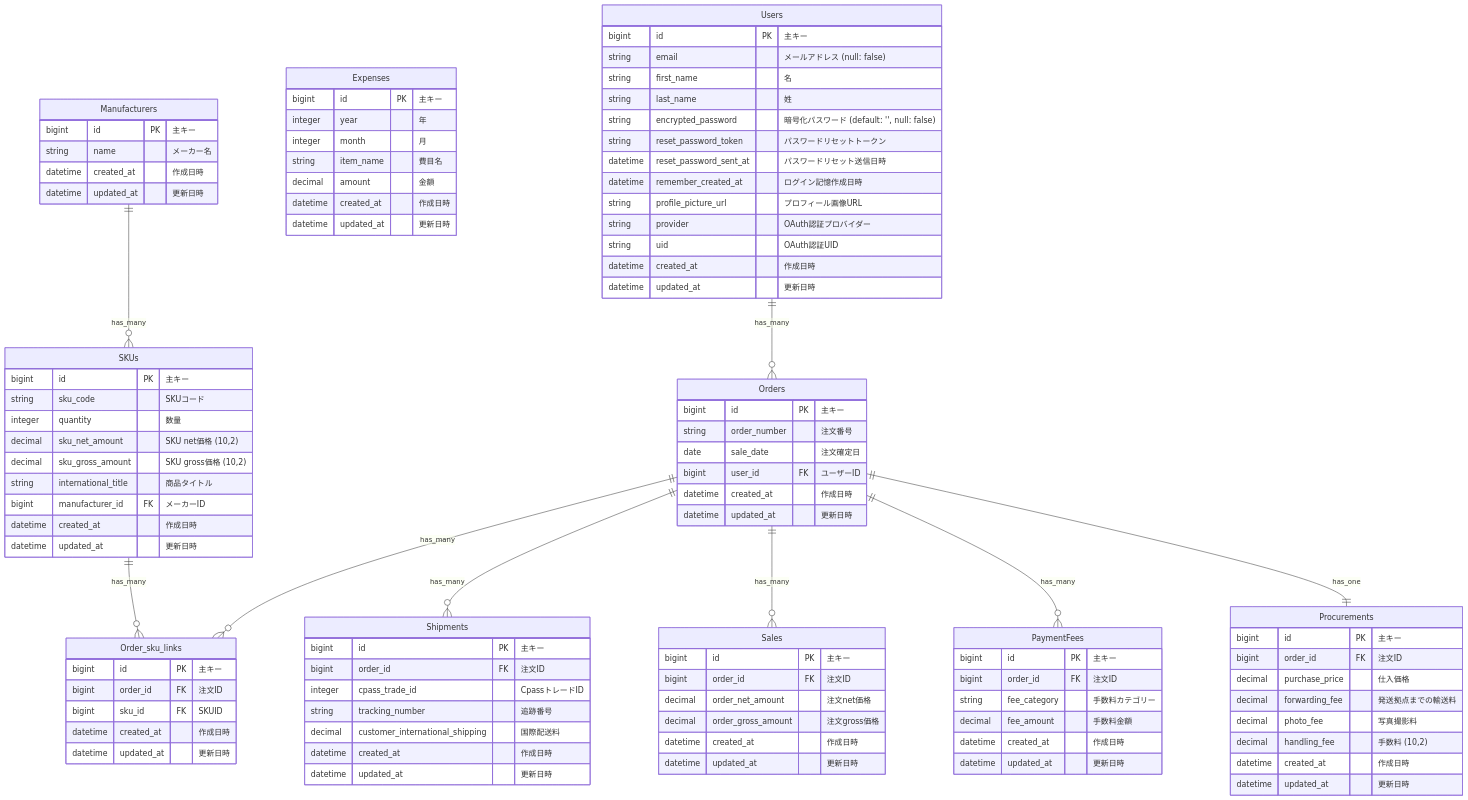
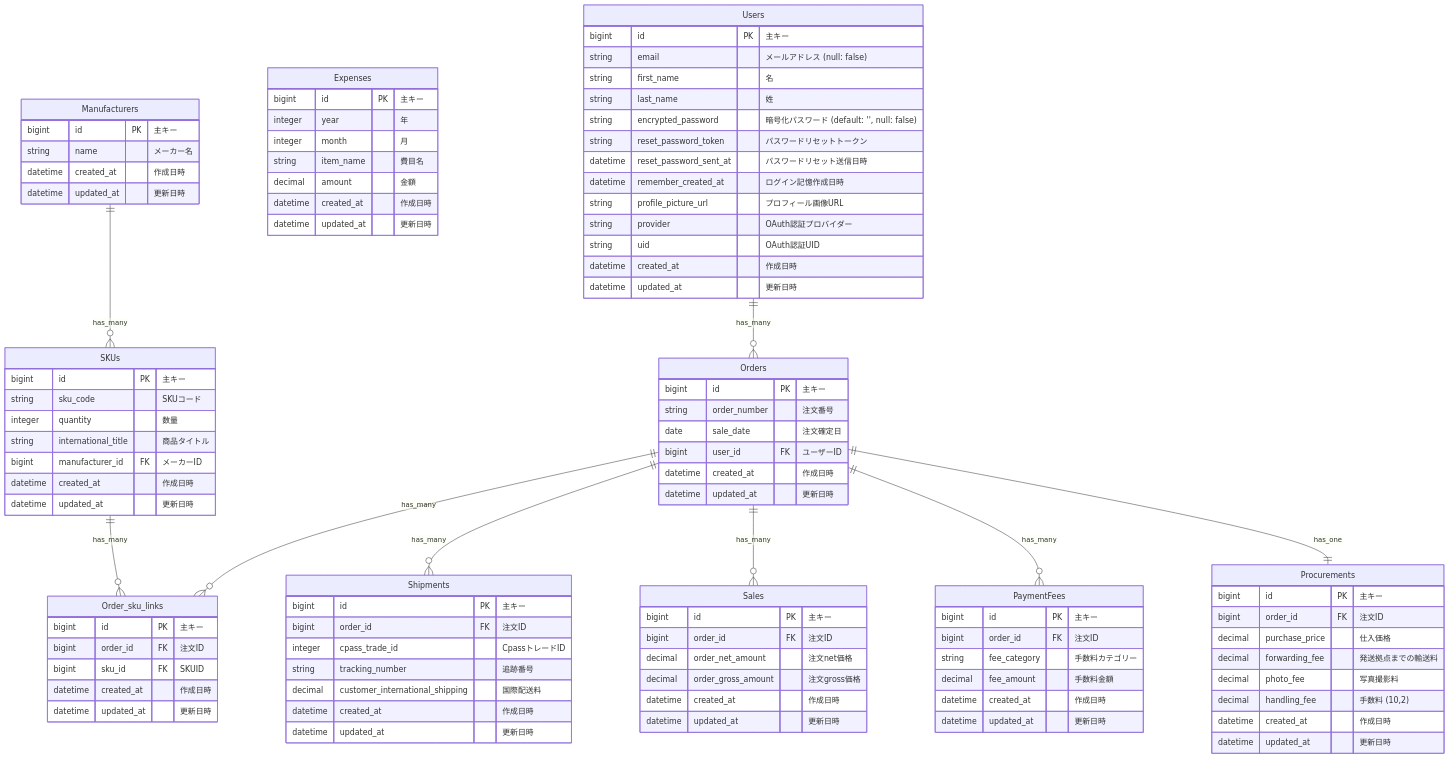
One commit to masaengineer/parts-sync-tool changed the diagram in mermaid.mmd. Above: the diagram before and after it, drawn with Mermaid. The commit also changed 7 other files, not shown here.

```diff
--- a/mermaid.mmd
+++ b/mermaid.mmd
@@ -1,110 +1,108 @@
 erDiagram
     Orders {
         bigint id PK "主キー"
         string order_number "注文番号"
         date sale_date "注文確定日"
         bigint user_id FK "ユーザーID"
         datetime created_at "作成日時"
         datetime updated_at "更新日時"
     }
 
     Order_sku_links {
         bigint id PK "主キー"
         bigint order_id FK "注文ID"
         bigint sku_id FK "SKUID"
         datetime created_at "作成日時"
         datetime updated_at "更新日時"
     }
 
     SKUs {
         bigint id PK "主キー"
         string sku_code "SKUコード"
         integer quantity "数量"
-        decimal sku_net_amount "SKU net価格 (10,2)"
-        decimal sku_gross_amount "SKU gross価格 (10,2)"
         string international_title "商品タイトル"
         bigint manufacturer_id FK "メーカーID"
         datetime created_at "作成日時"
         datetime updated_at "更新日時"
     }
 
     Manufacturers {
         bigint id PK "主キー"
         string name "メーカー名"
         datetime created_at "作成日時"
         datetime updated_at "更新日時"
     }
 
     Shipments {
         bigint id PK "主キー"
         bigint order_id FK "注文ID"
         integer cpass_trade_id "CpassトレードID"
         string tracking_number "追跡番号"
         decimal customer_international_shipping "国際配送料"
         datetime created_at "作成日時"
         datetime updated_at "更新日時"
     }
 
     Procurements {
         bigint id PK "主キー"
         bigint order_id FK "注文ID"
         decimal purchase_price "仕入価格"
         decimal forwarding_fee "発送拠点までの輸送料"
         decimal photo_fee "写真撮影料"
         decimal handling_fee "手数料 (10,2)"
         datetime created_at "作成日時"
         datetime updated_at "更新日時"
     }
 
     Sales {
         bigint id PK "主キー"
         bigint order_id FK "注文ID"
         decimal order_net_amount "注文net価格"
         decimal order_gross_amount "注文gross価格"
         datetime created_at "作成日時"
         datetime updated_at "更新日時"
     }
 
     PaymentFees {
         bigint id PK "主キー"
         bigint order_id FK "注文ID"
         string fee_category "手数料カテゴリー"
         decimal fee_amount "手数料金額"
         datetime created_at "作成日時"
         datetime updated_at "更新日時"
     }
 
     Expenses {
         bigint id PK "主キー"
         integer year "年"
         integer month "月"
         string item_name "費目名"
         decimal amount "金額"
         datetime created_at "作成日時"
         datetime updated_at "更新日時"
     }
 
     Users {
         bigint id PK "主キー"
         string email "メールアドレス (null: false)"
         string first_name "名"
         string last_name "姓"
         string encrypted_password "暗号化パスワード (default: '', null: false)"
         string reset_password_token "パスワードリセットトークン"
         datetime reset_password_sent_at "パスワードリセット送信日時"
         datetime remember_created_at "ログイン記憶作成日時"
         string profile_picture_url "プロフィール画像URL"
         string provider "OAuth認証プロバイダー"
         string uid "OAuth認証UID"
         datetime created_at "作成日時"
         datetime updated_at "更新日時"
     }
 
     Orders ||--o{ Order_sku_links : "has_many"
     SKUs ||--o{ Order_sku_links : "has_many"
     Orders ||--o{ Shipments : "has_many"
     Orders ||--o{ Sales : "has_many"
     Orders ||--o{ PaymentFees : "has_many"
     Orders ||--|| Procurements : "has_one"
     Manufacturers ||--o{ SKUs : "has_many"
     Users ||--o{ Orders : "has_many"
```
